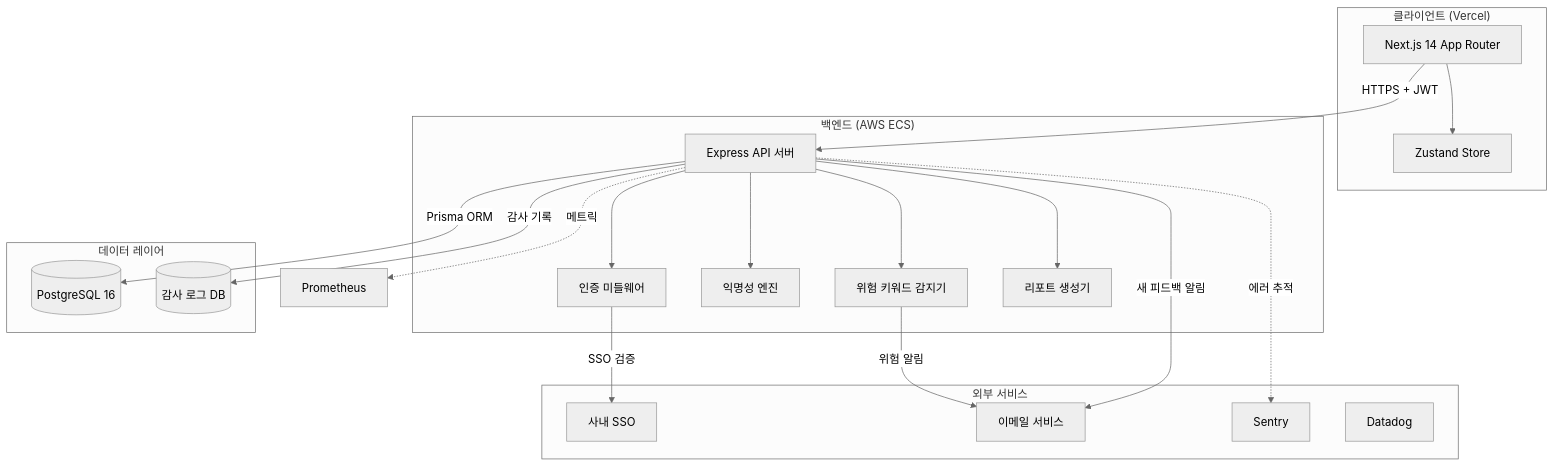
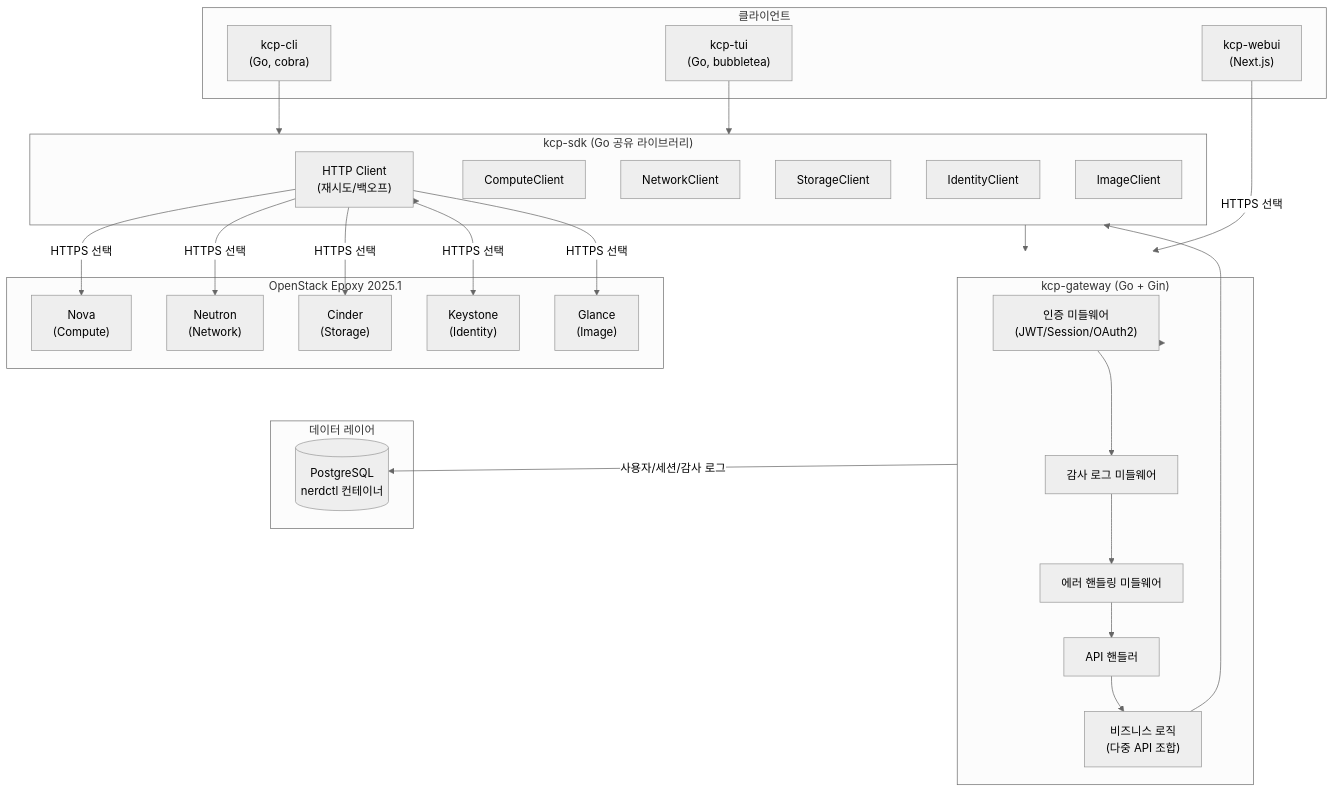
Before and after one commit to seungkyua/claude-simple-e2e: the first of 5 diagrams in sdd.md, drawn with Mermaid (neutral theme). The commit also changed other lines of this file, not shown here.

Commit message:
[behavioral] Replace AnonVoice SDD with KCP CLI system design document

````diff
--- a/sdd.md
+++ b/sdd.md
@@ -17,41 +18,55 @@
 ```mermaid
 flowchart TB
-    subgraph Client["클라이언트 (Vercel)"]
-        NextApp["Next.js 14 App Router"]
-        Zustand["Zustand Store"]
+    subgraph Client["클라이언트"]
+        CLI["kcp-cli\n(Go, cobra)"]
+        TUI["kcp-tui\n(Go, bubbletea)"]
+        WebUI["kcp-webui\n(Next.js)"]
     end
 
-    subgraph Backend["백엔드 (AWS ECS)"]
-        Express["Express API 서버"]
-        AuthMiddleware["인증 미들웨어"]
-        AnonymityEngine["익명성 엔진"]
-        KeywordDetector["위험 키워드 감지기"]
-        ReportGenerator["리포트 생성기"]
+    subgraph SDK["kcp-sdk (Go 공유 라이브러리)"]
+        HTTPClient["HTTP Client\n(재시도/백오프)"]
+        ComputeSDK["ComputeClient"]
+        NetworkSDK["NetworkClient"]
+        StorageSDK["StorageClient"]
+        IdentitySDK["IdentityClient"]
+        ImageSDK["ImageClient"]
+    end
+
+    subgraph Gateway["kcp-gateway (Go + Gin)"]
+        AuthMW["인증 미들웨어\n(JWT/Session/OAuth2)"]
+        AuditMW["감사 로그 미들웨어"]
+        ErrorMW["에러 핸들링 미들웨어"]
+        Handlers["API 핸들러"]
+        BizLogic["비즈니스 로직\n(다중 API 조합)"]
     end
 
     subgraph Data["데이터 레이어"]
-        PostgreSQL[(PostgreSQL 16)]
-        AuditLog[(감사 로그 DB)]
+        PostgreSQL[(PostgreSQL\nnerdctl 컨테이너)]
     end
 
-    subgraph External["외부 서비스"]
-        SSO["사내 SSO"]
-        Email["이메일 서비스"]
-        Sentry["Sentry"]
-        Datadog["Datadog"]
+    subgraph OpenStack["OpenStack Epoxy 2025.1"]
+        Nova["Nova\n(Compute)"]
+        Neutron["Neutron\n(Network)"]
+        Cinder["Cinder\n(Storage)"]
+        Keystone["Keystone\n(Identity)"]
+        Glance["Glance\n(Image)"]
     end
 
-    NextApp -->|HTTPS + JWT| Express
-    Express --> AuthMiddleware
-    AuthMiddleware -->|SSO 검증| SSO
-    Express --> AnonymityEngine
-    Express --> KeywordDetector
-    Express --> ReportGenerator
-    Express -->|Prisma ORM| PostgreSQL
-    Express -->|감사 기록| AuditLog
-    KeywordDetector -->|위험 알림| Email
-    Express -->|새 피드백 알림| Email
-    NextApp --> Zustand
-    Express -.->|에러 추적| Sentry
-    Express -.->|메트릭| Prometheus
+    CLI --> SDK
+    TUI --> SDK
+    SDK --> Gateway
+    WebUI -->|HTTPS 선택| Gateway
+
+    Gateway --> AuthMW --> AuditMW --> ErrorMW --> Handlers
+    Handlers --> BizLogic
+    BizLogic --> SDK
+    SDK --> HTTPClient
+
+    HTTPClient -->|HTTPS 선택| Nova
+    HTTPClient -->|HTTPS 선택| Neutron
+    HTTPClient -->|HTTPS 선택| Cinder
+    HTTPClient -->|HTTPS 선택| Keystone
+    HTTPClient -->|HTTPS 선택| Glance
+
+    Gateway -->|사용자/세션/감사 로그| PostgreSQL
 ```
````
